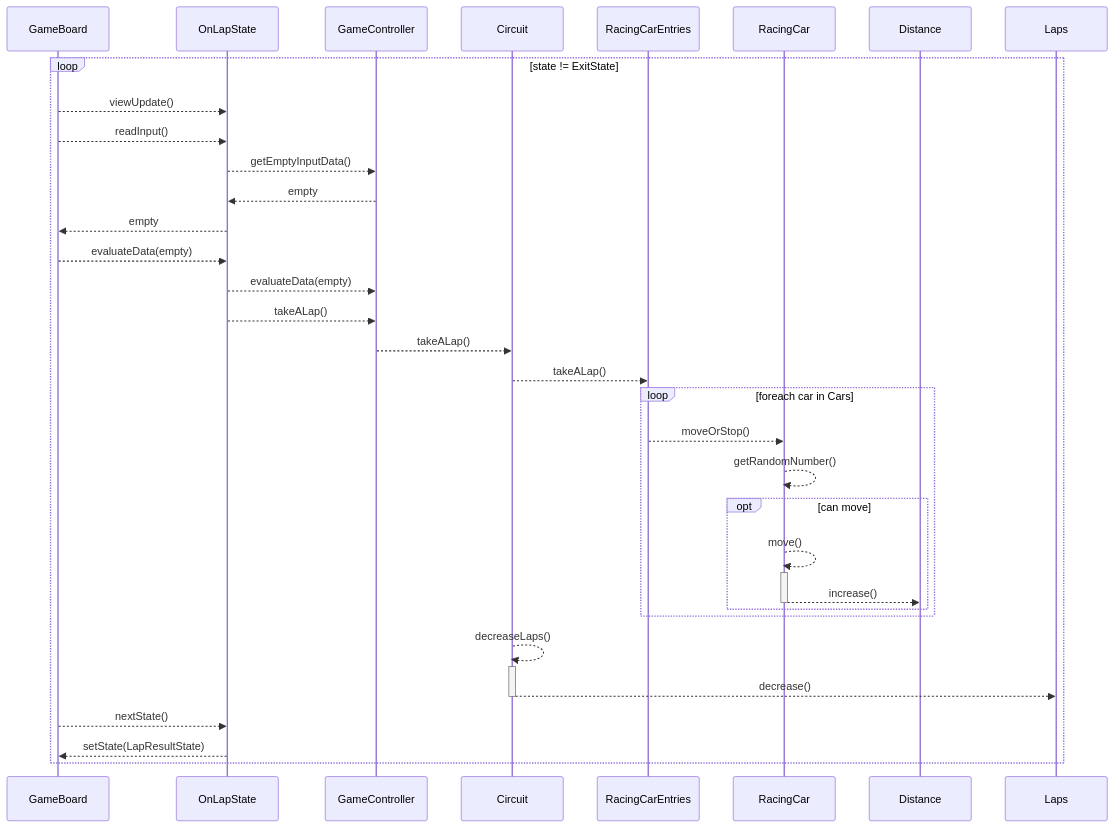
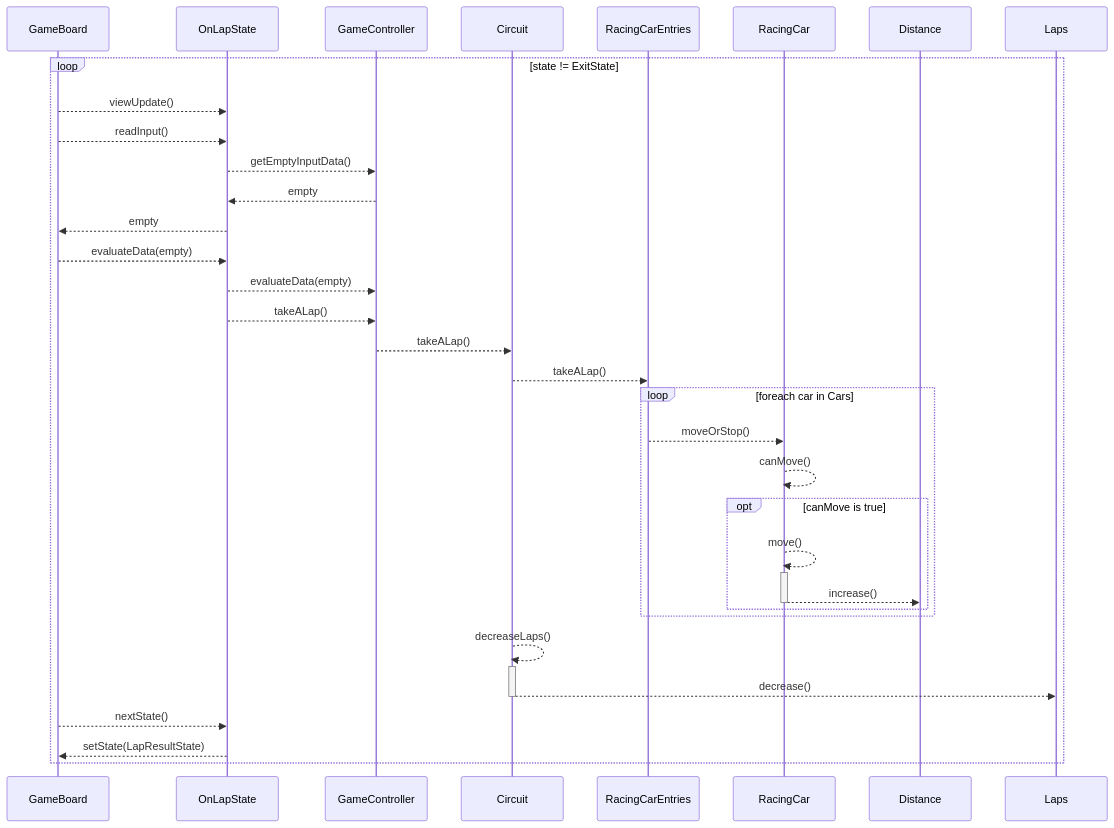
One commit to digiry/java-racingcar-precourse changed the fifth of 8 diagrams in docs/sequence_diagram.md. Above: the diagram before and after it, drawn with Mermaid.

Commit message:
docs: change method from getRandomNumber to canMove

````diff
--- a/docs/sequence_diagram.md
+++ b/docs/sequence_diagram.md
@@ -164,32 +164,32 @@
 ```mermaid
 sequenceDiagram
     loop state != ExitState
         GameBoard -->> OnLapState : viewUpdate()
 
         GameBoard -->> OnLapState : readInput()
         OnLapState -->> GameController : getEmptyInputData()
         GameController -->> OnLapState : empty
         OnLapState -->> GameBoard : empty
 
         GameBoard -->> OnLapState : evaluateData(empty)
         OnLapState -->> GameController : evaluateData(empty)
         OnLapState -->> GameController : takeALap()
         GameController -->> Circuit : takeALap()
         Circuit -->> RacingCarEntries : takeALap()
 
         loop foreach car in Cars
             RacingCarEntries -->> RacingCar : moveOrStop()
-            RacingCar -->> RacingCar : getRandomNumber()
-            opt can move
+            RacingCar -->> RacingCar : canMove()
+            opt canMove is true
                 RacingCar -->>+ RacingCar : move()
                 RacingCar -->>- Distance : increase()
             end
         end 
 
         Circuit -->>+ Circuit : decreaseLaps()
         Circuit -->>- Laps : decrease()
 
         GameBoard -->> OnLapState : nextState()
         OnLapState -->> GameBoard : setState(LapResultState)
     end
 ```
````
